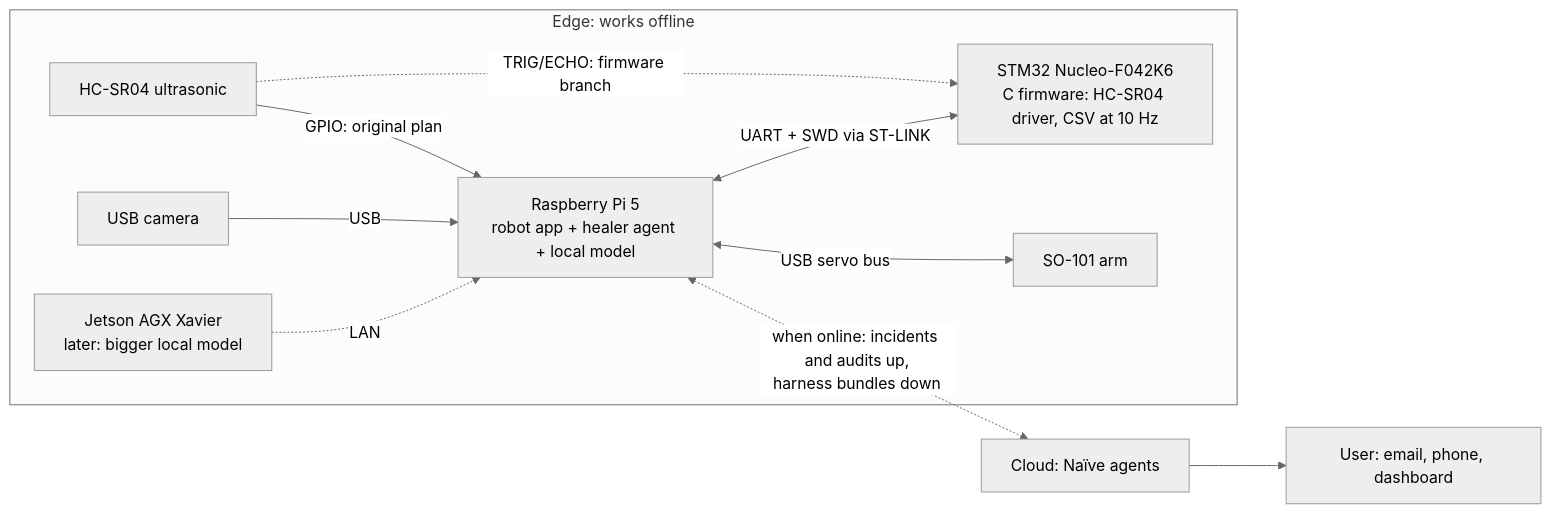
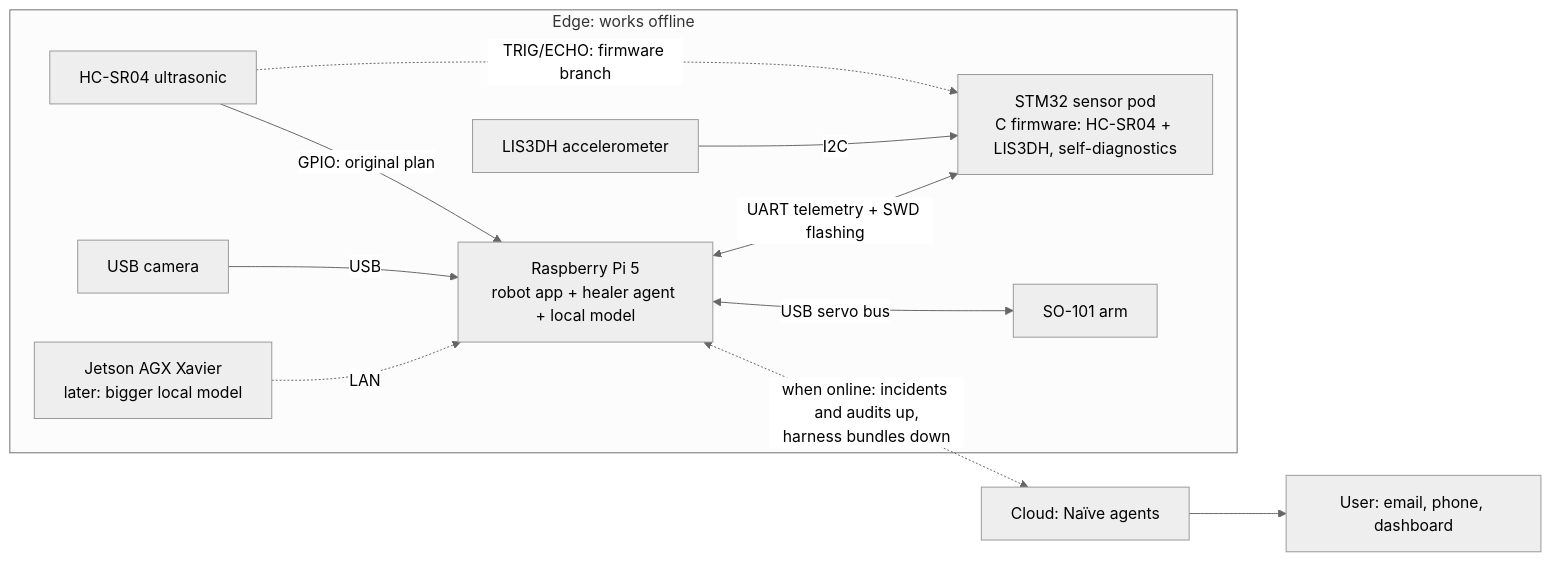
One commit to jamesEmerson112/Naive-Nous-YC-Hackathon changed the diagram in docs/project-overview.md. Above: the diagram before and after it, drawn with Mermaid (neutral theme). The commit also changed other lines of this file and 2 other files, not shown here.

Commit message:
Sync notes with Olir's sensor pod, podd healer tools and demo images (69fc292)

````diff
--- a/docs/project-overview.md
+++ b/docs/project-overview.md
@@ -52,14 +52,15 @@
 ```mermaid
 flowchart LR
   subgraph EDGE["Edge: works offline"]
     US[HC-SR04 ultrasonic] -->|GPIO: original plan| PI
     US -.->|TRIG/ECHO: firmware branch| MCU
     CAM[USB camera] -->|USB| PI
     PI[Raspberry Pi 5<br/>robot app + healer agent + local model]
     PI <-->|USB servo bus| ARM[SO-101 arm]
-    PI <-->|UART + SWD via ST-LINK| MCU[STM32 Nucleo-F042K6<br/>C firmware: HC-SR04 driver, CSV at 10 Hz]
+    ACC[LIS3DH accelerometer] -->|I2C| MCU
+    PI <-->|UART telemetry + SWD flashing| MCU[STM32 sensor pod<br/>C firmware: HC-SR04 + LIS3DH, self-diagnostics]
     XAV[Jetson AGX Xavier<br/>later: bigger local model] -.->|LAN| PI
   end
   PI <-.->|when online: incidents and audits up,<br/>harness bundles down| CLOUD[Cloud: Naïve agents]
   CLOUD --> USER[User: email, phone, dashboard]
 ```
````
